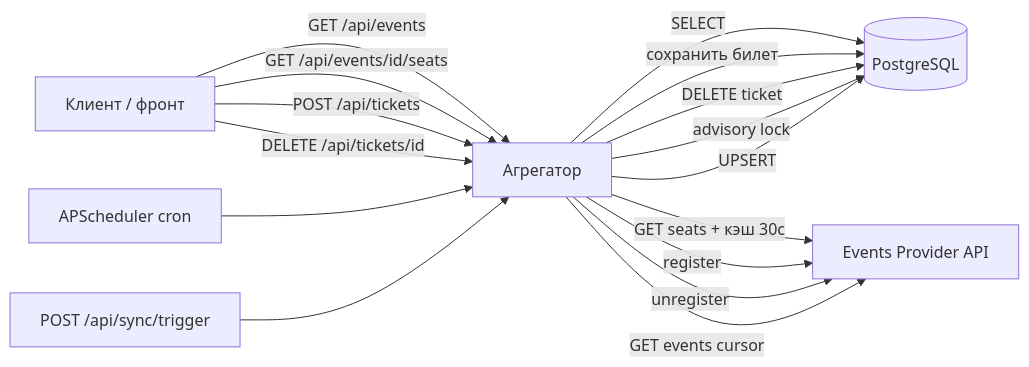
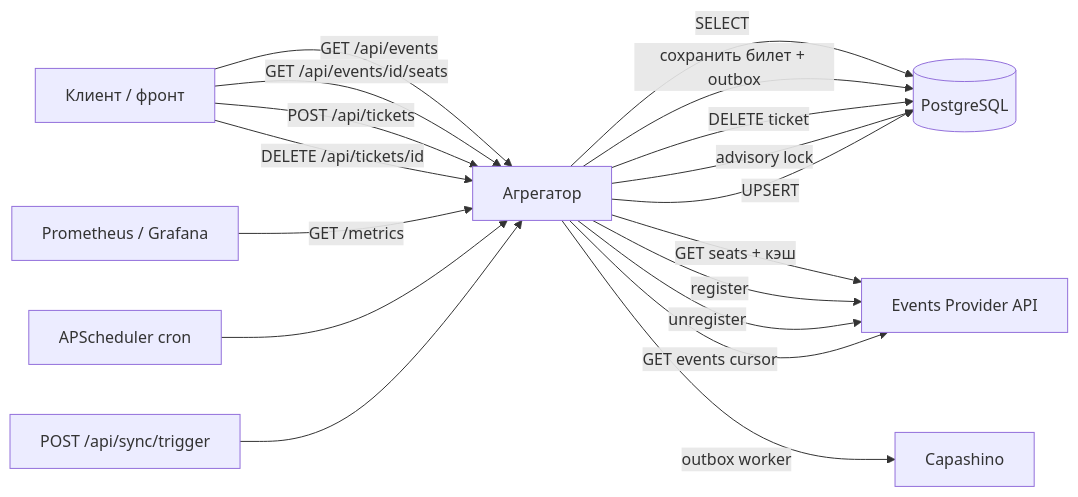
One commit to AveGeorges/EventsAPIAgregatorService changed the diagram in README.md. Above: the diagram before and after it, drawn with Mermaid. The commit also changed other lines of this file, not shown here.

Commit message:
feat: add Prometheus metrics endpoint and Grafana dashboard docs

````diff
--- a/README.md
+++ b/README.md
@@ -122,29 +167,34 @@
 ```mermaid
 flowchart LR
   Client[Клиент / фронт]
   Agg[Агрегатор]
   DB[(PostgreSQL)]
   Prov[Events Provider API]
+  Cap[Capashino]
+  Prom[Prometheus / Grafana]
 
   Client -->|GET /api/events| Agg
   Agg -->|SELECT| DB
 
   Client -->|GET /api/events/id/seats| Agg
-  Agg -->|GET seats + кэш 30с| Prov
+  Agg -->|GET seats + кэш| Prov
 
   Client -->|POST /api/tickets| Agg
   Agg -->|register| Prov
-  Agg -->|сохранить билет| DB
+  Agg -->|сохранить билет + outbox| DB
+  Agg -->|outbox worker| Cap
 
   Client -->|DELETE /api/tickets/id| Agg
   Agg -->|unregister| Prov
   Agg -->|DELETE ticket| DB
+
+  Prom -->|GET /metrics| Agg
 
   Cron[APScheduler cron]
   Trigger[POST /api/sync/trigger]
   Cron --> Agg
   Trigger --> Agg
   Agg -->|advisory lock| DB
   Agg -->|GET events cursor| Prov
   Agg -->|UPSERT| DB
 ```
````
